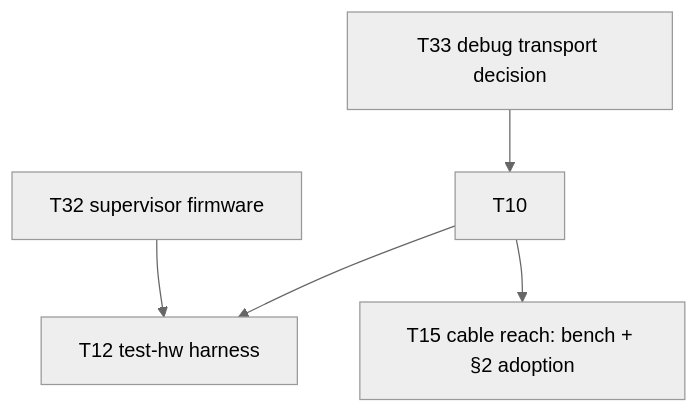
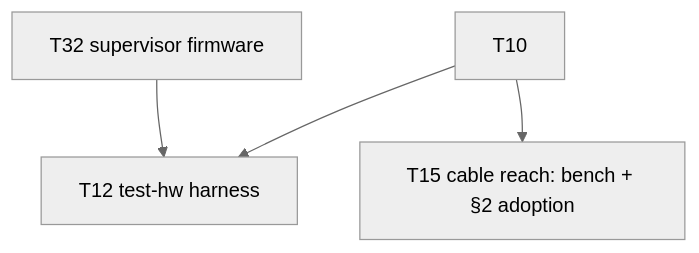
One commit to kristofferkoch/oparroy changed the diagram in KANBAN.md. Above: the diagram before and after it, drawn with Mermaid (neutral theme). The commit also changed other lines of this file and 13 other files, not shown here.

````diff
--- a/KANBAN.md
+++ b/KANBAN.md
@@ -34,7 +34,6 @@
 ```mermaid
 graph TD
-    T33[T33 debug transport decision] --> T10
     T10 --> T12[T12 test-hw harness]
     T10 --> T15[T15 cable reach: bench + §2 adoption]
     T32[T32 supervisor firmware] --> T12
 ```
````
